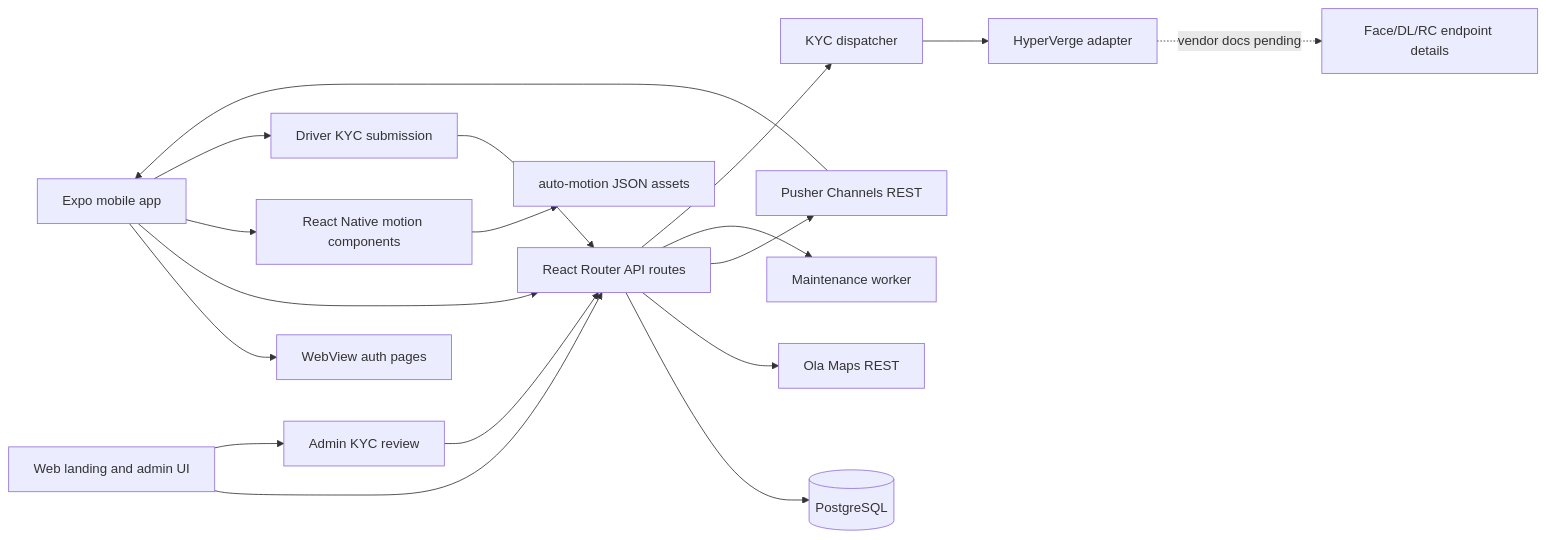
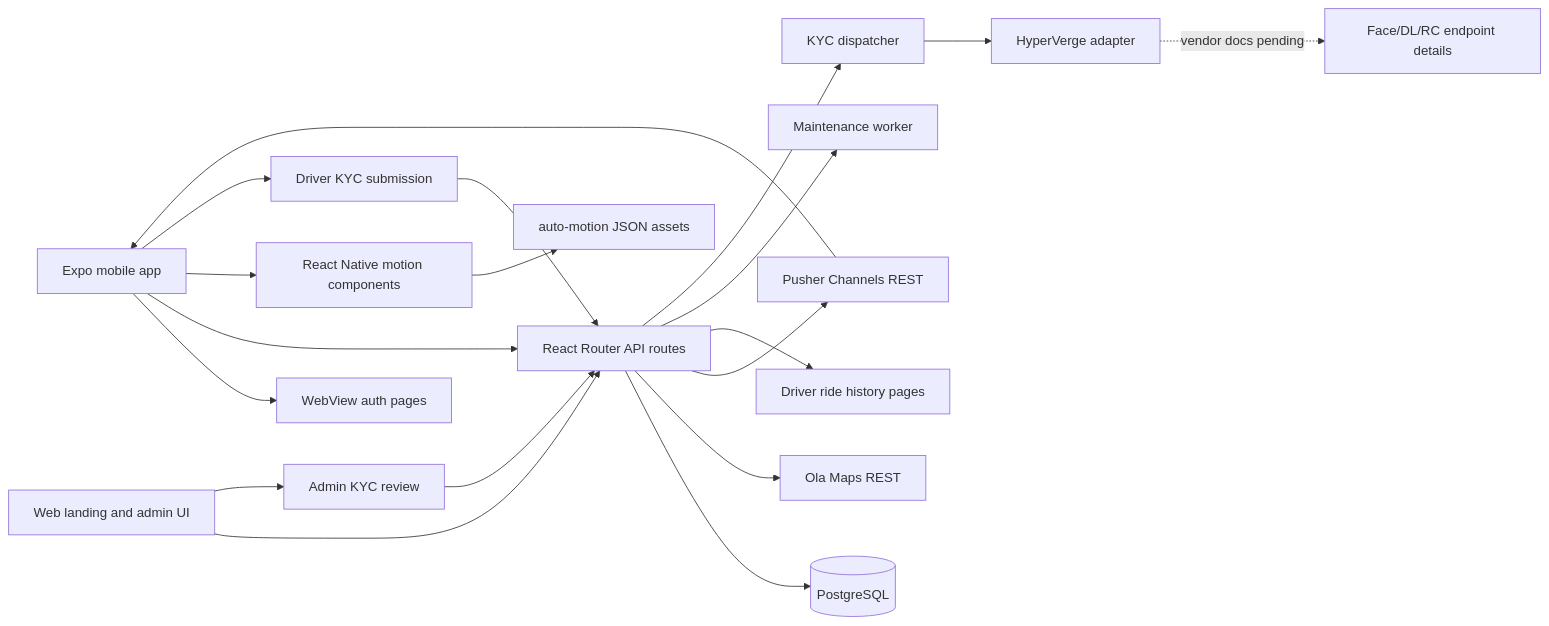
Before and after one commit to RohitRajMaturu/AutoRiderApp: the diagram in KNOWLEDGE_MAP.md, drawn with Mermaid. The commit also changed other lines of this file and 5 other files, not shown here.

````diff
--- a/KNOWLEDGE_MAP.md
+++ b/KNOWLEDGE_MAP.md
@@ -49,20 +49,21 @@
 ```mermaid
 flowchart LR
   Mobile[Expo mobile app] --> AuthWeb[WebView auth pages]
   Mobile --> Api[React Router API routes]
   Web[Web landing and admin UI] --> Api
   Api --> Db[(PostgreSQL)]
   Api --> Ola[Ola Maps REST]
   Api --> Pusher[Pusher Channels REST]
   Pusher --> Mobile
+  Api --> DriverHistory[Driver ride history pages]
   Api --> Worker[Maintenance worker]
   Mobile --> Motion[React Native motion components]
   Motion --> Json[auto-motion JSON assets]
   Mobile --> DriverKyc[Driver KYC submission]
   DriverKyc --> Api
   Web --> AdminKyc[Admin KYC review]
   AdminKyc --> Api
   Api --> KycDispatcher[KYC dispatcher]
   KycDispatcher --> HyperVerge[HyperVerge adapter]
   HyperVerge -. vendor docs pending .-> HyperVergePrivate[Face/DL/RC endpoint details]
 ```
````
